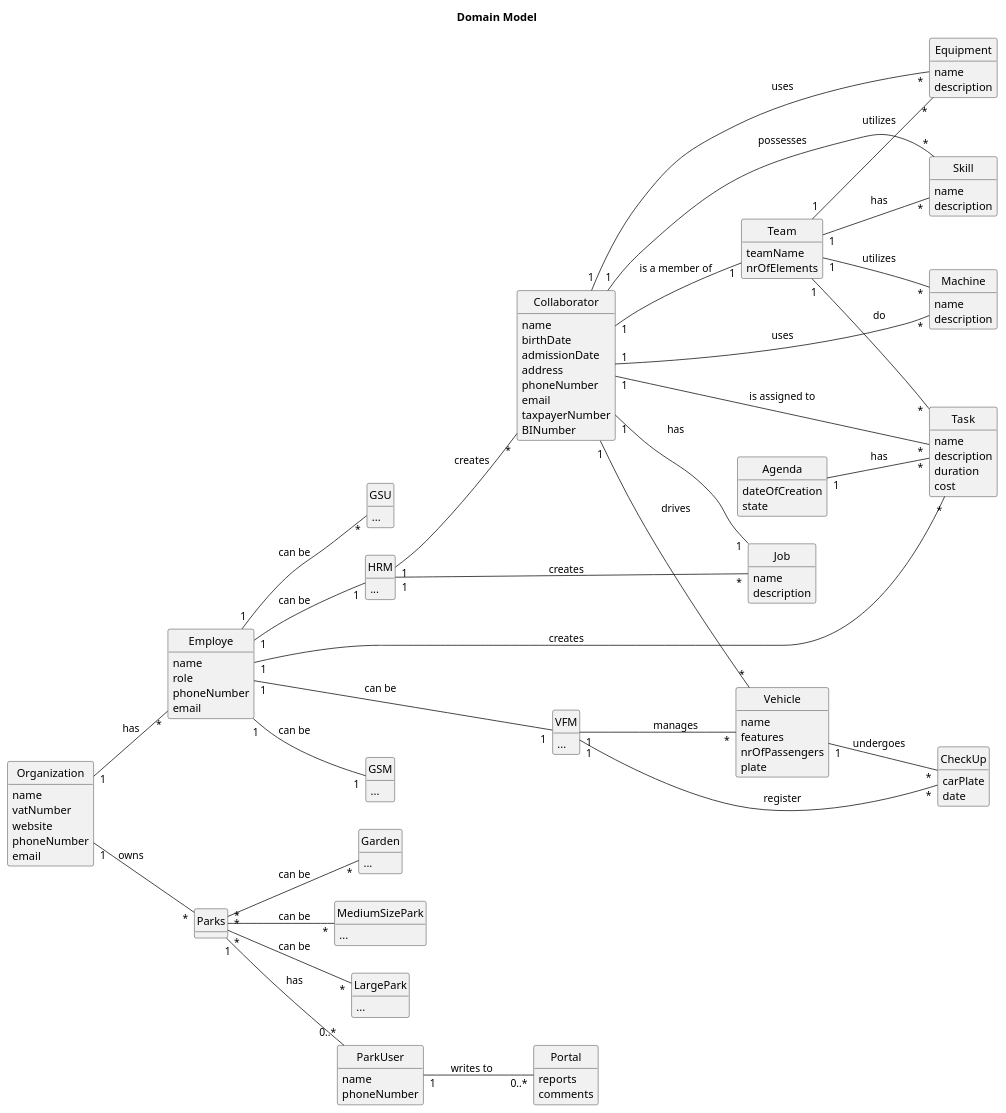
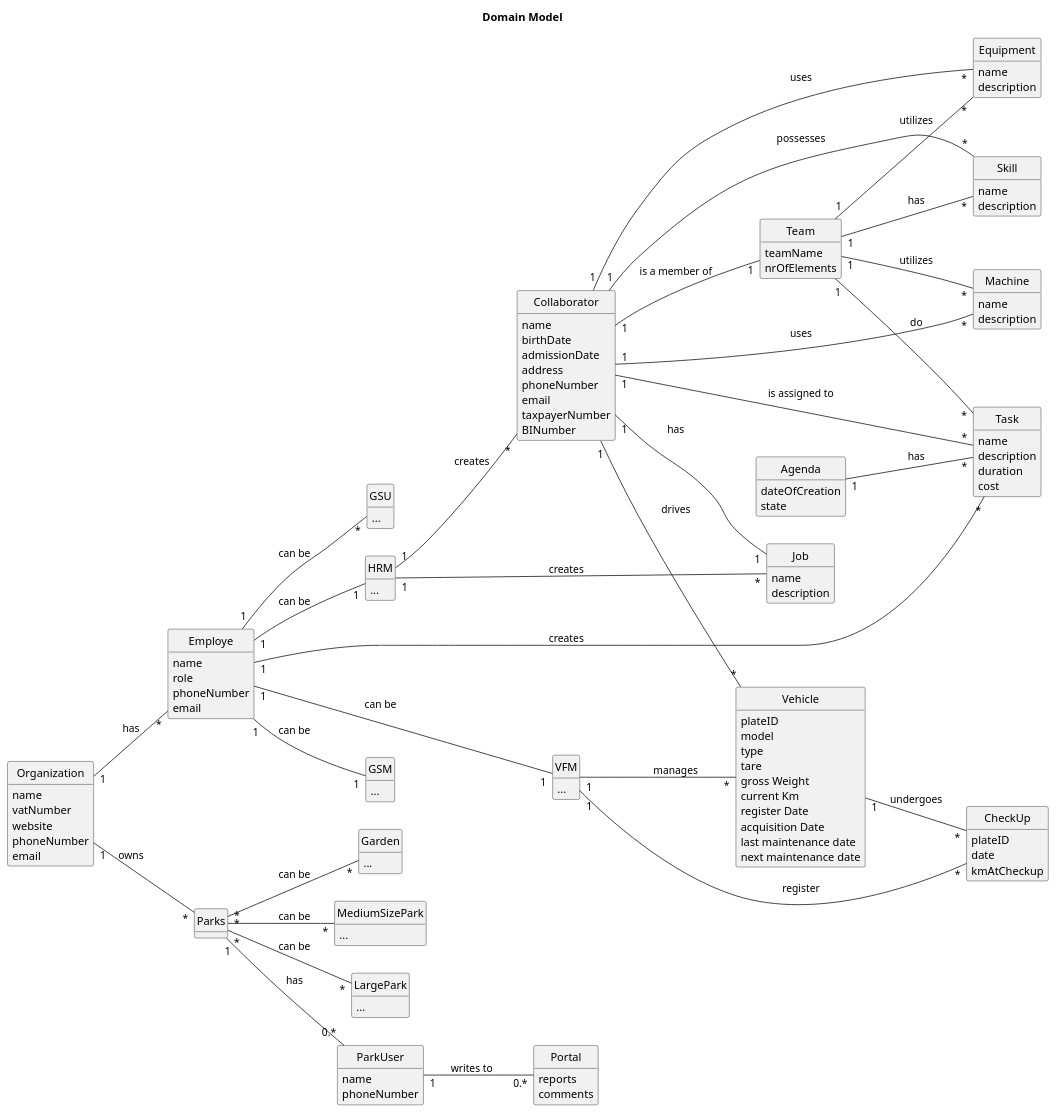
The diagram in docs/sprintA/global-artifacts/02.analysis/puml/project-domain-model.puml (Departamento-de-Engenharia-Informatica/greenspace-management), drawn with PlantUML before and after one commit. The commit also changed 1 other file, not shown here.

Commit message:
changes in domain model + table correction

```diff
--- a/docs/sprintA/global-artifacts/02.analysis/puml/project-domain-model.puml
+++ b/docs/sprintA/global-artifacts/02.analysis/puml/project-domain-model.puml
@@ -1,170 +1,178 @@
 @startuml
 skinparam monochrome true
 skinparam packageStyle rectangle
 skinparam shadowing false
 skinparam classAttributeIconSize 0
 hide circle
 hide methods
 
 title Domain Model
 
 left to right direction
 
 class Organization {
     name
     vatNumber
     website
     phoneNumber
     email
 }
 
 class Employe {
     name
     role
     phoneNumber
     email
 }
 
 class HRM {
     ...
 }
 
 class VFM {
     ...
 }
 
 class GSM {
     ...
 }
 
 class GSU {
     ...
 }
 
 class Collaborator {
     name
     birthDate
     admissionDate
     address
     phoneNumber
     email
     taxpayerNumber
     BINumber
 }
 
 class Garden {
     ...
 }
 
 class MediumSizePark {
     ...
 }
 
 class LargePark {
     ...
 }
 
 class Parks {
 }
 
 class Task {
     name
     description
     duration
     cost
 }
 
 class Agenda {
     dateOfCreation
     state
 }
 
 class Vehicle {
-    name
-    features
-    nrOfPassengers
-    plate
+    plateID
+    model
+    type
+    tare
+        gross Weight
+        current Km
+         register Date
+         acquisition Date
+         maintenance/Checkup Frequency (in Kms)
+         last maintenance date
+         next maintenance date
 }
 
 class Machine {
     name
     description
 }
 
 class Equipment {
     name
     description
 }
 
 class Portal {
     reports
     comments
 }
 
 class CheckUp {
-    carPlate
+    plateID
     date
+    kmAtCheckup
 }
 
 class Job {
     name
     description
 }
 
 class Team {
     teamName
     nrOfElements
 }
 
 class Skill {
     name
     description
 }
 
 class ParkUser {
     name
     phoneNumber
 }
 
 
 Organization "1" -- "*" Employe : has
 Organization "1" -- "*" Parks : owns
 
 Employe "1" -- "*" Task : creates
 Employe "1" -- "*" GSU : can be
 Employe "1" -- "1" GSM : can be
 Employe "1" -- "1" HRM : can be
 Employe "1" -- "1" VFM : can be
 
 HRM "1" -- "*" Collaborator : creates
 HRM "1" -- "*" Job : creates
 
 Collaborator "1" -- "1" Job : has
 Collaborator "1" -- "1" Team : is a member of
 Collaborator "1" -- "*" Skill : possesses
 Collaborator "1" -- "*" Task : is assigned to
 Collaborator "1" -- "*" Vehicle : drives
 Collaborator "1" -- "*" Machine : uses
 Collaborator "1" -- "*" Equipment : uses
 
 Team "1" -- "*" Skill : has
 Team "1" -- "*" Task : do
 Team "1" -- "*" Machine : utilizes
 Team "1" -- "*" Equipment : utilizes
 
 
 Agenda "1" -- "*" Task : has
 
-ParkUser "1" -- "0..*" Portal : writes to
+ParkUser "1" -- "0.*" Portal : writes to
 
 Parks "*" -- "*" Garden : can be
 Parks "*" -- "*" MediumSizePark : can be
 Parks "*" -- "*" LargePark : can be
-Parks "1" -- "0..*" ParkUser : has
+Parks "1" -- "0.*" ParkUser : has
 
 VFM "1" -- "*" CheckUp: register
 VFM "1" -- "*" Vehicle: manages
 
 Vehicle "1" -- "*" CheckUp : undergoes
 
 @enduml
```
